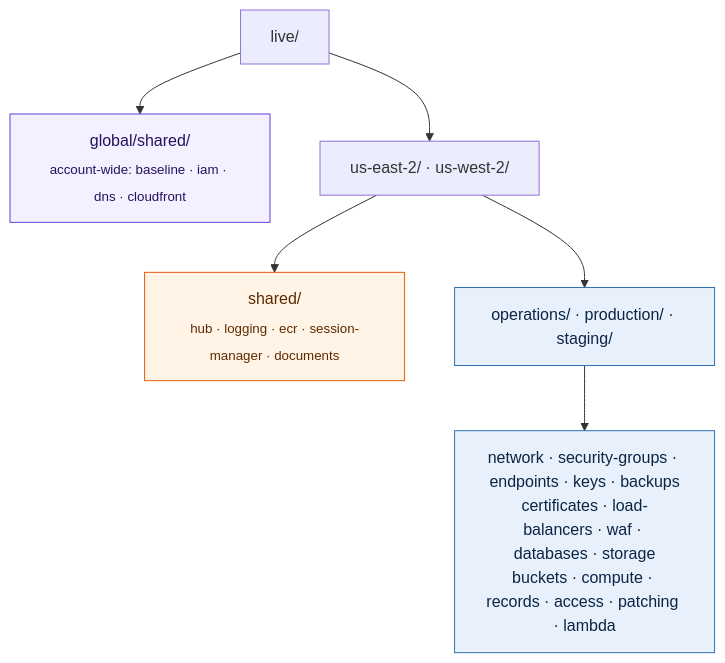
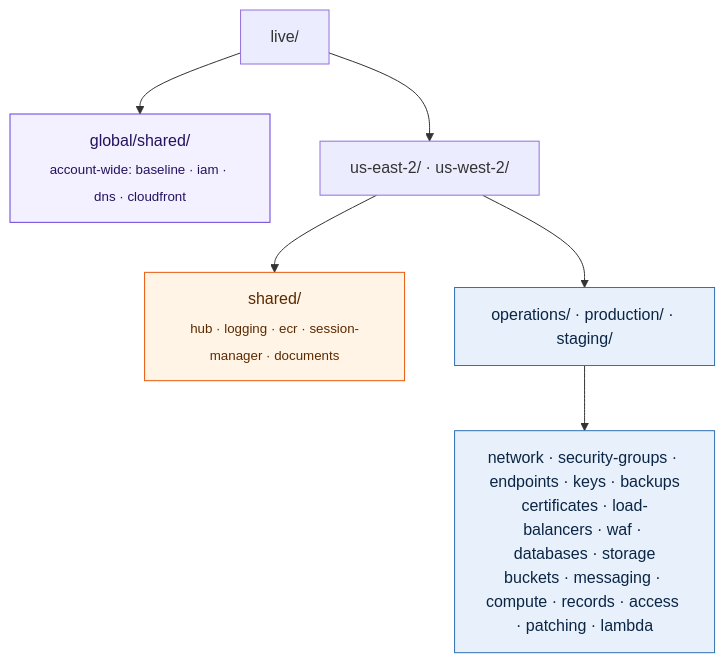
Before and after one commit to justin-samuel12/terraform-aws-scaffold: the first of 2 diagrams in docs/architecture.md, drawn with Mermaid. The commit also changed other lines of this file and 137 other files, not shown here.

````diff
--- a/docs/architecture.md
+++ b/docs/architecture.md
@@ -3,16 +3,16 @@
 ```mermaid
 flowchart TB
   live["live/"]
   live --> global["global/shared/<br/><sub>account-wide: baseline · iam · dns · cloudfront</sub>"]
   live --> region["us-east-2/ · us-west-2/"]
   region --> shared["shared/<br/><sub>hub · logging · ecr · session-manager · documents</sub>"]
   region --> env["operations/ · production/ · staging/"]
-  env --> stacks["network · security-groups · endpoints · keys · backups<br/>certificates · load-balancers · waf · databases · storage<br/>buckets · compute · records · access · patching · lambda"]
+  env --> stacks["network · security-groups · endpoints · keys · backups<br/>certificates · load-balancers · waf · databases · storage<br/>buckets · messaging · compute · records · access · patching · lambda"]
 
   classDef g fill:#f3f0ff,stroke:#6741d9,color:#25125e
   classDef s fill:#fff4e5,stroke:#e8590c,color:#5c2a00
   classDef e fill:#e8f1fb,stroke:#2f6fb3,color:#0b2545
   class global g
   class shared s
   class env,stacks e
 ```
````
